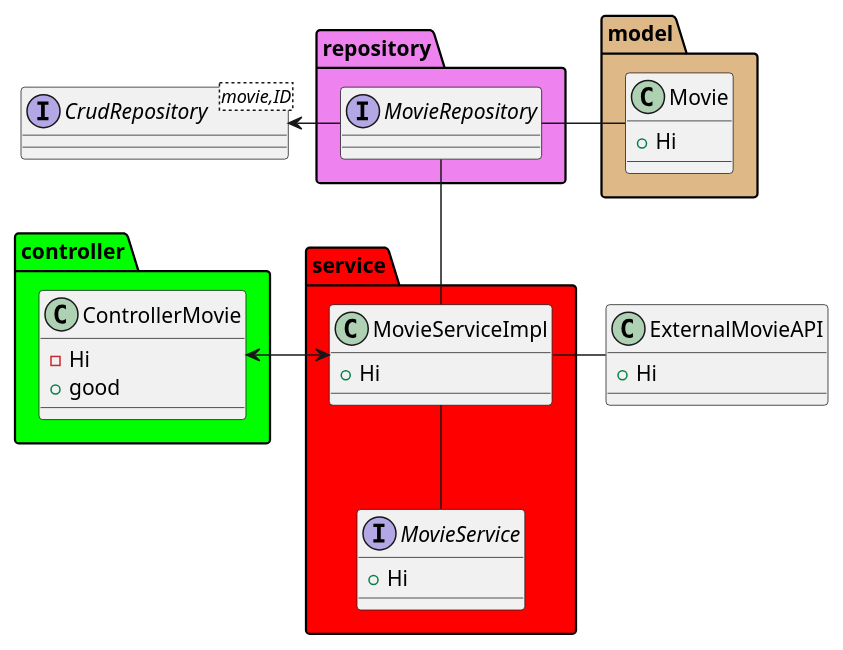
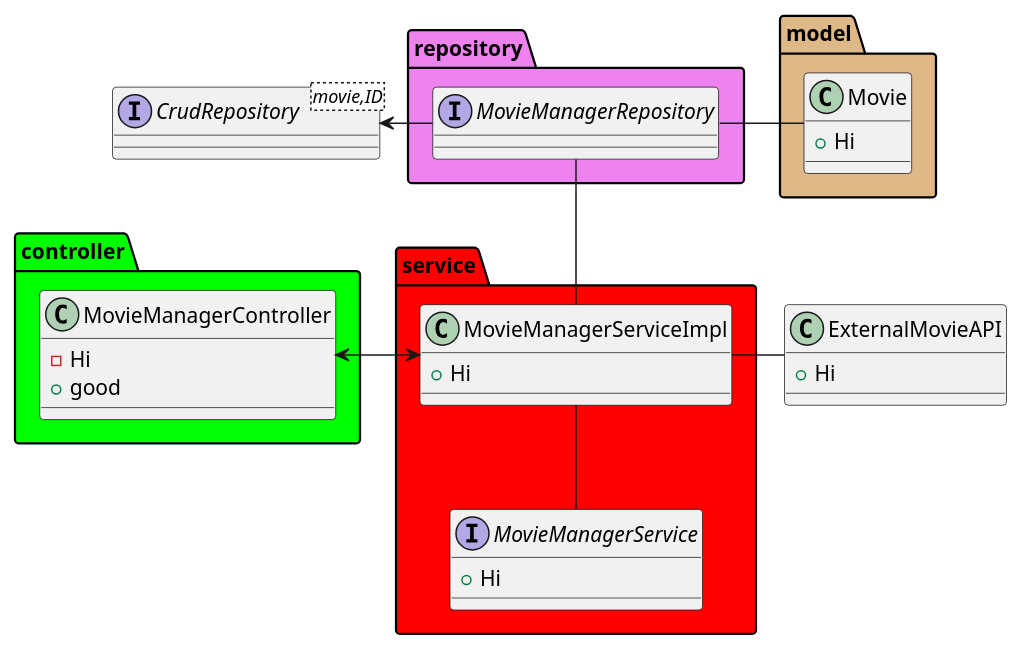
The diagram in Docs/UML.puml (hvferreira/movie-api), drawn with PlantUML before and after one commit. The commit also changed 1 other file, not shown here.

Commit message:
change de uml files for same names the files java

```diff
--- a/Docs/UML.puml
+++ b/Docs/UML.puml
@@ -1,55 +1,55 @@
 @startuml
 
 
 package controller <<Folder>> #lime{
 
-    class ControllerMovie{
+    class MovieManagerController{
     -Hi
     +good
     }
 
 }
 
 
 package model <<Folder>> #burlywood{
 
   class Movie{
     +Hi
     }
 
 }
 
 package repository <<Folder>> #violet {
 
-  interface MovieRepository {
-  
+  interface MovieManagerRepository {
+
   }
 
 }
 
 package service <<Folder>> #red{
 
-  interface MovieService{
+  interface MovieManagerService{
   +Hi
   }
-  class MovieServiceImpl{
+  class MovieManagerServiceImpl{
   +Hi
   }
 
 }
 Interface CrudRepository<movie,ID>{
 
 }
 
 class ExternalMovieAPI{
     +Hi
     }
 
-ControllerMovie <-right-> MovieServiceImpl
-MovieRepository -left-> CrudRepository
+MovieManagerController <-right-> MovieManagerServiceImpl
+MovieManagerRepository -left-> CrudRepository
 
-MovieServiceImpl -- MovieService
-MovieServiceImpl -up- MovieRepository
-MovieRepository -right- Movie
-MovieServiceImpl -right- ExternalMovieAPI
+MovieManagerServiceImpl -- MovieManagerService
+MovieManagerServiceImpl -up- MovieManagerRepository
+MovieManagerRepository -right- Movie
+MovieManagerServiceImpl -right- ExternalMovieAPI
 @enduml
```
